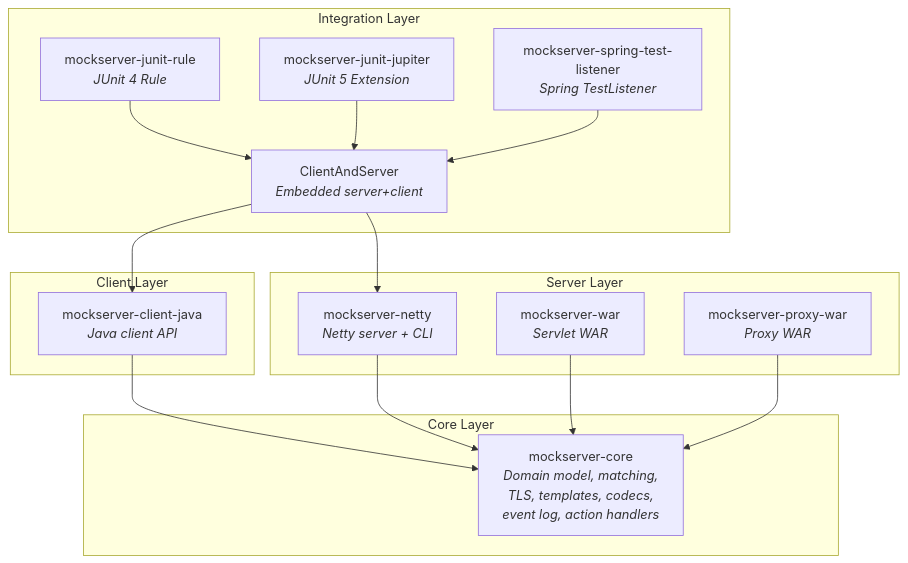
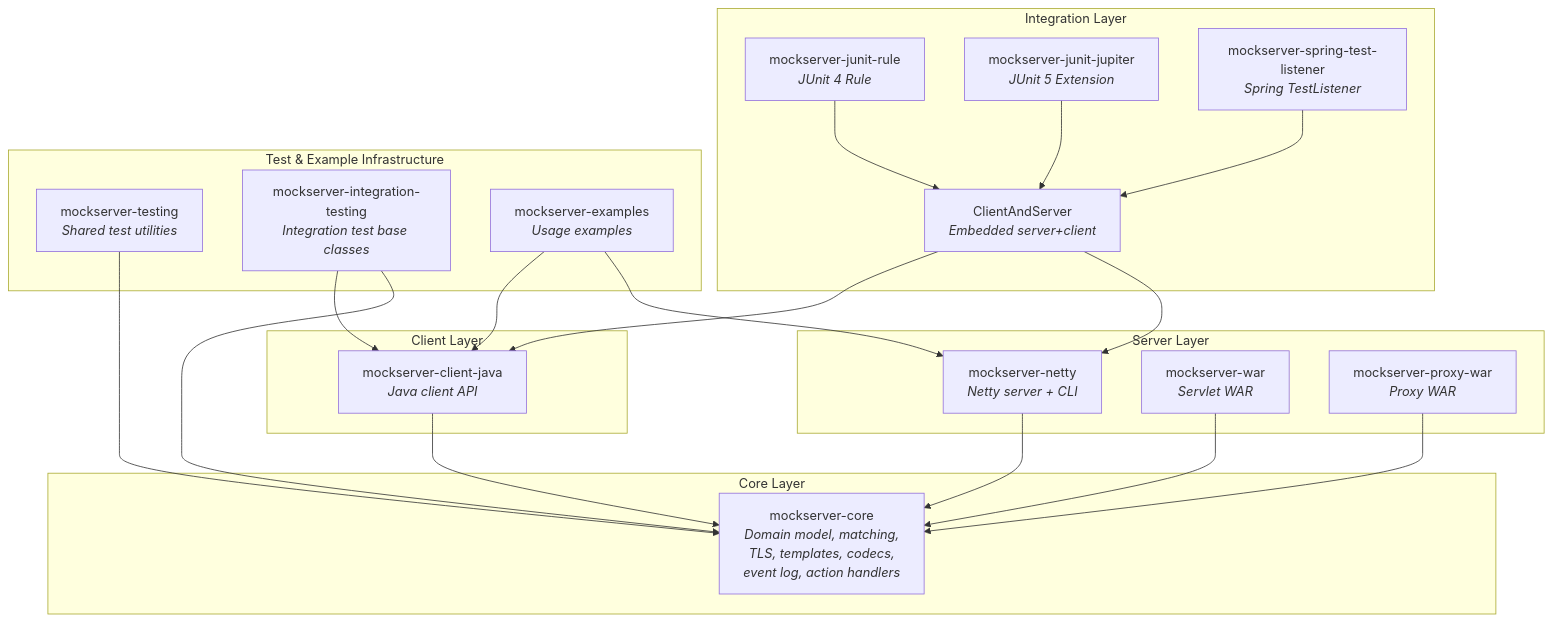
One commit to mock-server/mockserver changed the second of 2 diagrams in docs/code/overview.md. Above: the diagram before and after it, drawn with Mermaid. The commit also changed other lines of this file and 18 other files, not shown here.

````diff
--- a/docs/code/overview.md
+++ b/docs/code/overview.md
@@ -57,33 +57,44 @@
 ```mermaid
 graph TB
     subgraph "Client Layer"
         JC[mockserver-client-java<br/><i>Java client API</i>]
     end
 
     subgraph "Server Layer"
         MN[mockserver-netty<br/><i>Netty server + CLI</i>]
         MW[mockserver-war<br/><i>Servlet WAR</i>]
         MPW[mockserver-proxy-war<br/><i>Proxy WAR</i>]
     end
 
     subgraph "Integration Layer"
         CAS[ClientAndServer<br/><i>Embedded server+client</i>]
         JR[mockserver-junit-rule<br/><i>JUnit 4 Rule</i>]
         JJ[mockserver-junit-jupiter<br/><i>JUnit 5 Extension</i>]
         STL[mockserver-spring-test-listener<br/><i>Spring TestListener</i>]
     end
 
     subgraph "Core Layer"
         MC[mockserver-core<br/><i>Domain model, matching,<br/>TLS, templates, codecs,<br/>event log, action handlers</i>]
     end
 
+    subgraph "Test & Example Infrastructure"
+        MT[mockserver-testing<br/><i>Shared test utilities</i>]
+        MIT[mockserver-integration-testing<br/><i>Integration test base classes</i>]
+        MEX[mockserver-examples<br/><i>Usage examples</i>]
+    end
+
     JC --> MC
     MN --> MC
     MW --> MC
     MPW --> MC
     CAS --> MN
     CAS --> JC
     JR --> CAS
     JJ --> CAS
     STL --> CAS
+    MT --> MC
+    MIT --> MC
+    MIT --> JC
+    MEX --> MN
+    MEX --> JC
 ```
````
